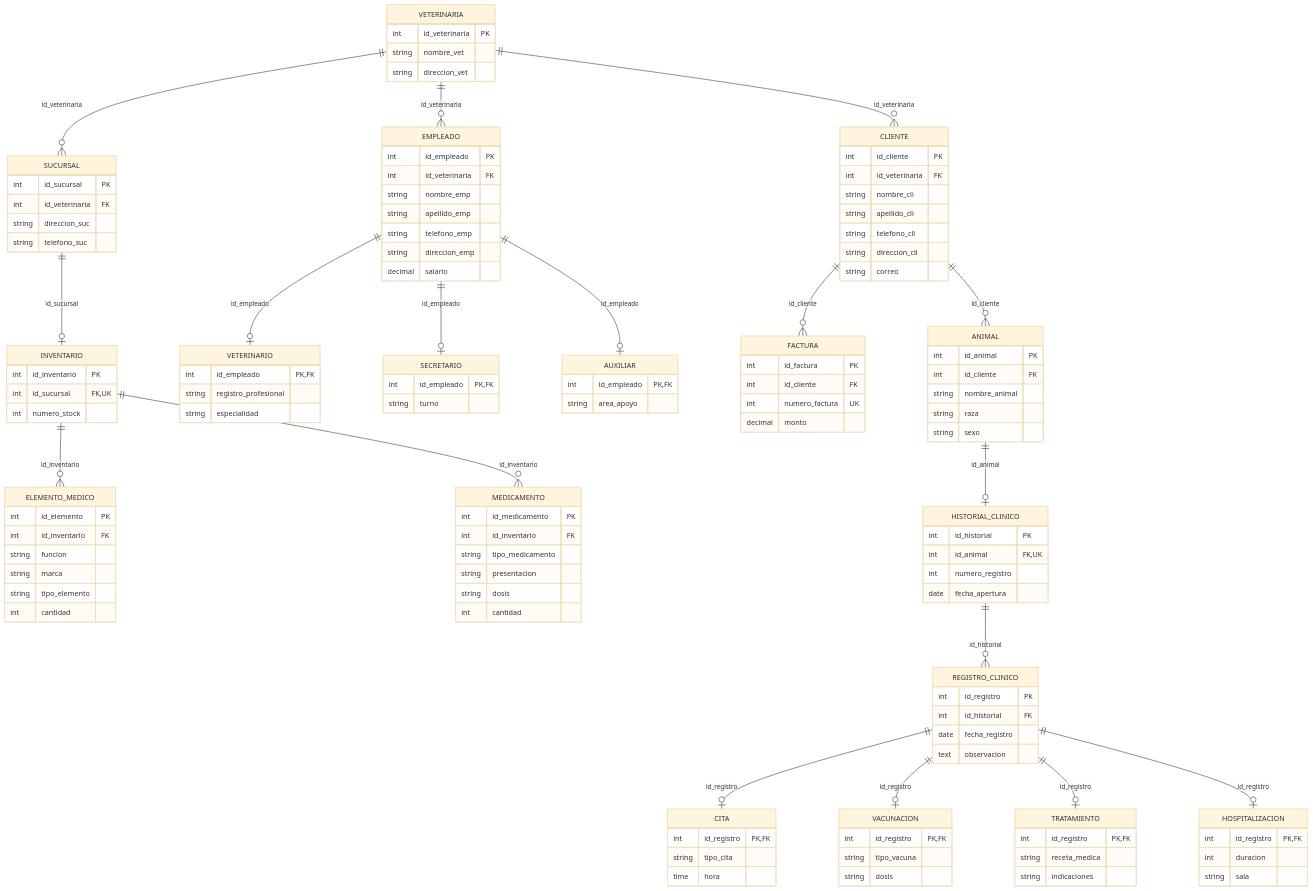
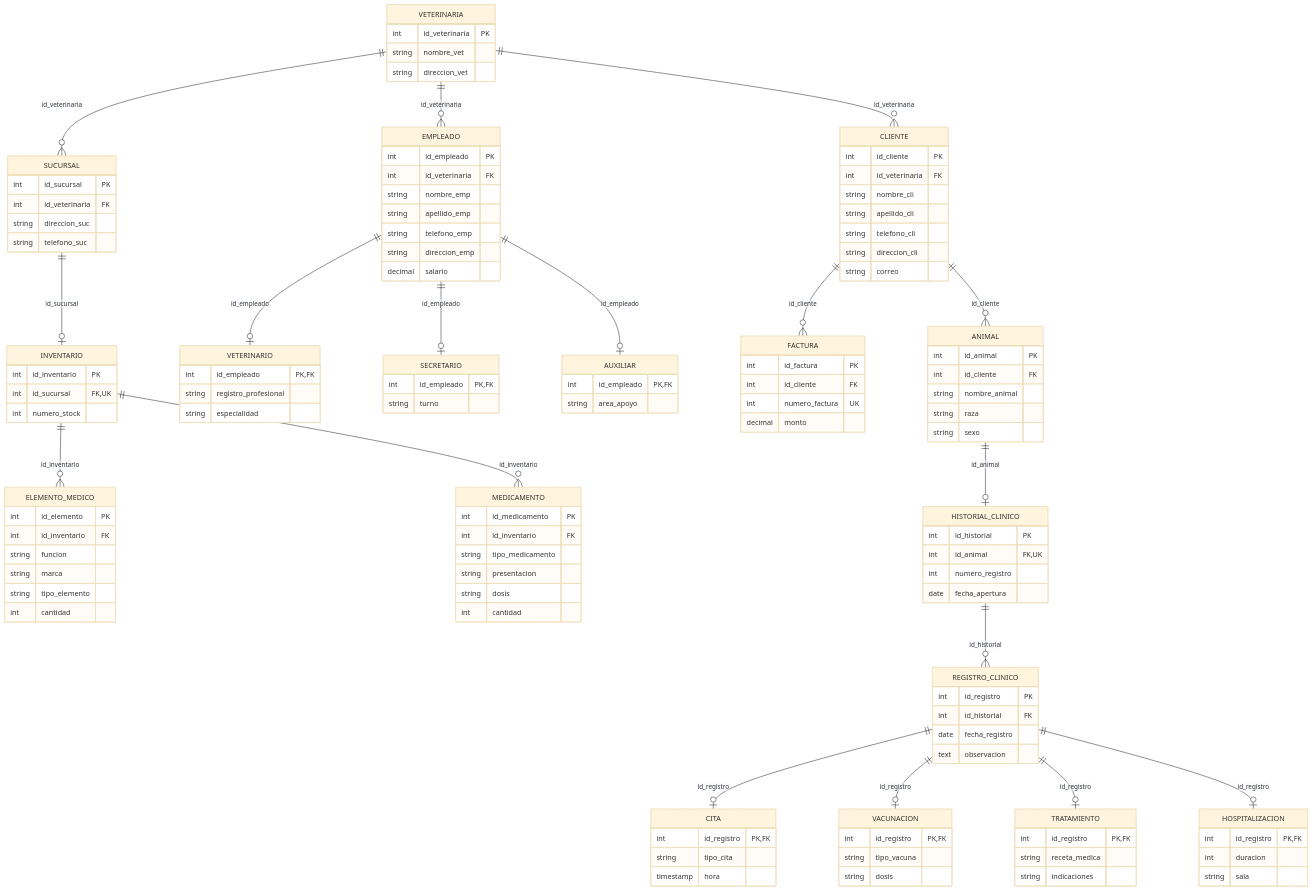
One commit to Stivencaballero0710/Petmanager changed the diagram in Sustentación/03_Modelo_relacional_y_normalizacion/Modelo_Relacional_5FN.md. Above: the diagram before and after it, drawn with Mermaid (base theme). The commit also changed other lines of this file and 17 other files, not shown here.

```diff
--- a/Sustentación/03_Modelo_relacional_y_normalizacion/Modelo_Relacional_5FN.md
+++ b/Sustentación/03_Modelo_relacional_y_normalizacion/Modelo_Relacional_5FN.md
@@ -68,7 +70,7 @@
     CITA {
         int id_registro PK,FK
         string tipo_cita
-        time hora
+        timestamp hora
     }
     VACUNACION {
         int id_registro PK,FK
```
